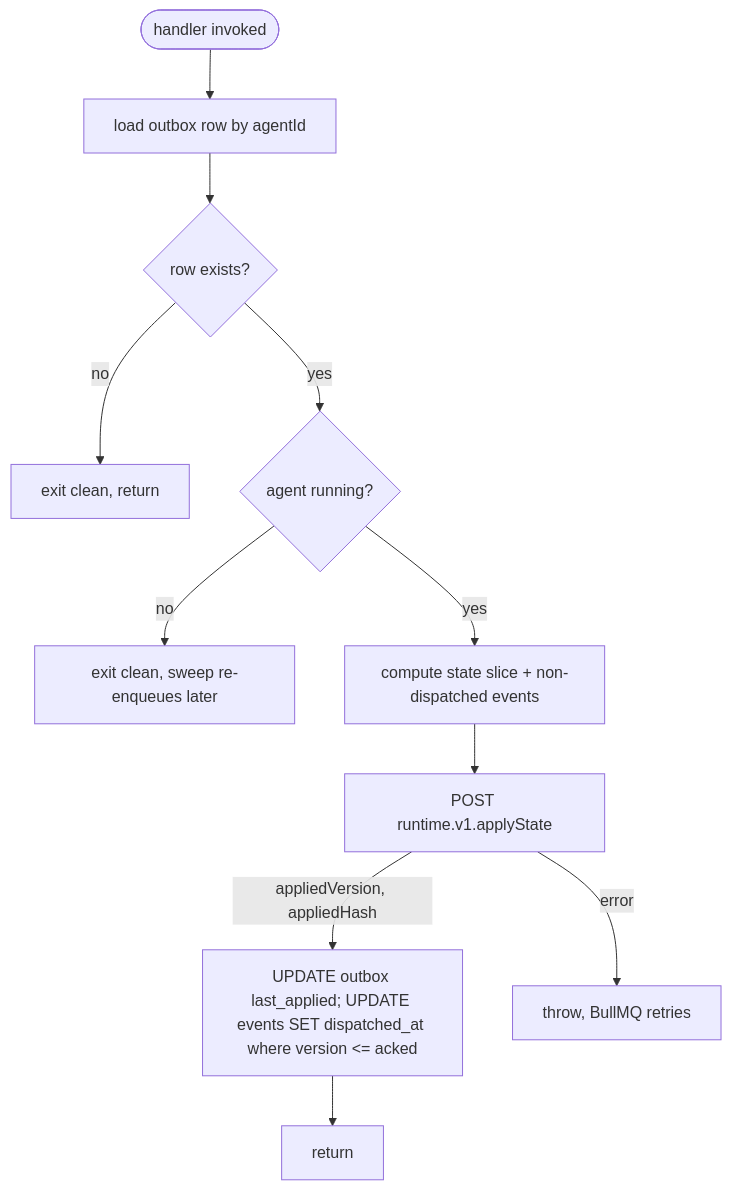
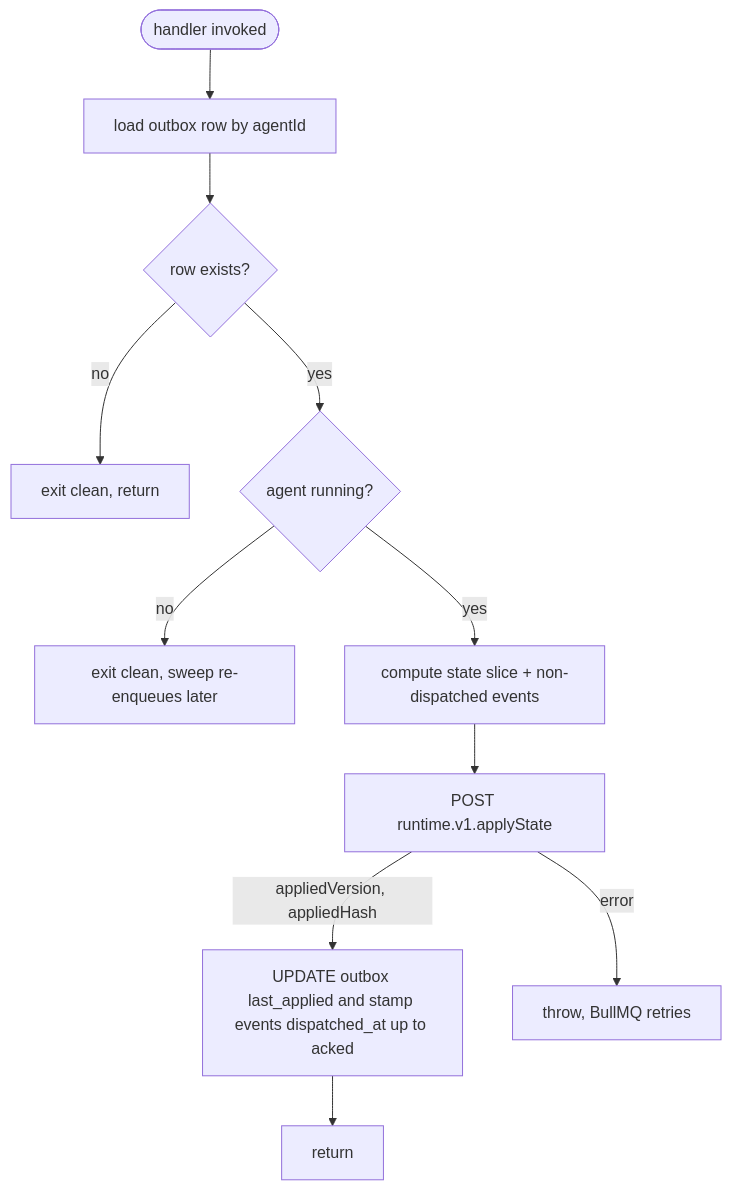
The sixth of 6 diagrams in docs/architecture/connections.md (dam-agents/dam), drawn with Mermaid before and after one commit. The commit also changed other lines of this file, not shown here.

Commit message:
docs: semicolons in mermaid sequence messages parse as statement terminators

````diff
--- a/docs/architecture/connections.md
+++ b/docs/architecture/connections.md
@@ -411,22 +411,22 @@
 ```mermaid
 flowchart TD
   handlerStart([handler invoked])
   load[load outbox row by agentId]
   exists{row exists?}
   noop[exit clean, return]
   check{agent running?}
   defer[exit clean, sweep re-enqueues later]
   compute[compute state slice + non-dispatched events]
   dispatch[POST runtime.v1.applyState]
-  stamp["UPDATE outbox last_applied; UPDATE events SET dispatched_at where version &lt;= acked"]
+  stamp["UPDATE outbox last_applied and stamp events dispatched_at up to acked"]
   ok[return]
   fail[throw, BullMQ retries]
 
   handlerStart --> load --> exists
   exists -->|no| noop
   exists -->|yes| check
   check -->|no| defer
   check -->|yes| compute --> dispatch
   dispatch -->|appliedVersion, appliedHash| stamp --> ok
   dispatch -->|error| fail
 ```
````
